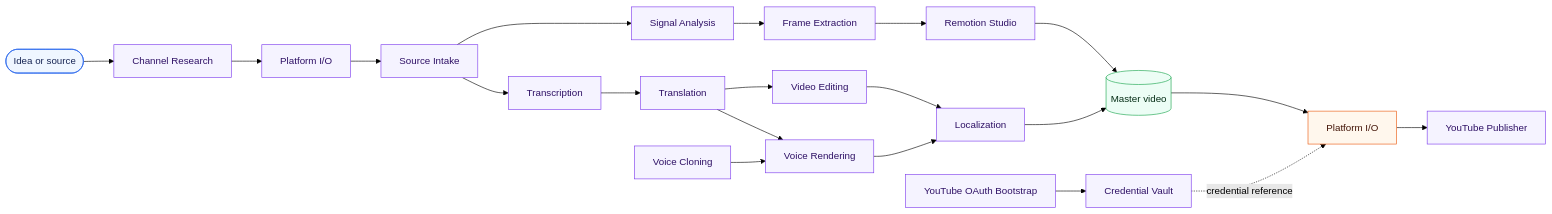
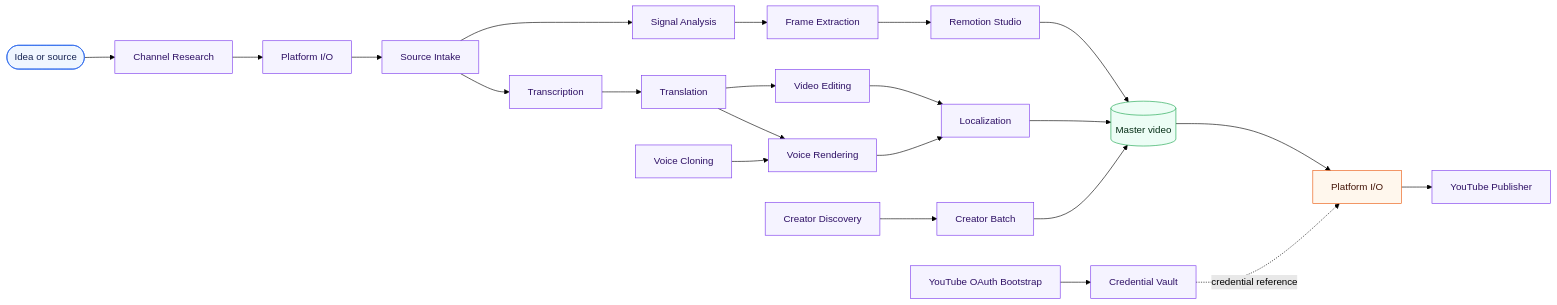
The first of 2 diagrams in README.md (wohuishuo/cc-video-pipeline), drawn with Mermaid (forest theme) before and after one commit. The commit also changed other lines of this file and 42 other files, not shown here.

Commit message:
feat: add creator batch localization loop

````diff
--- a/README.md
+++ b/README.md
@@ -21,31 +21,33 @@
 ```mermaid
 flowchart LR
     idea([Idea or source]) --> research[Channel Research]
     research --> download[Platform I/O]
     download --> intake[Source Intake]
     intake --> transcribe[Transcription]
     transcribe --> translate[Translation]
     translate --> renderVoice[Voice Rendering]
     intake --> signals[Signal Analysis]
     signals --> frames[Frame Extraction]
     translate --> edit[Video Editing]
     frames --> studio[Remotion Studio]
     edit --> localize[Localization]
     voice[Voice Cloning] --> renderVoice
     renderVoice --> localize
     studio --> master[(Master video)]
     localize --> master
     master --> publish[Platform I/O]
     vault[Credential Vault] -. credential reference .-> publish
     publish --> youtubePublisher[YouTube Publisher]
     youtubeOAuth[YouTube OAuth Bootstrap] --> vault
+    creatorDiscovery[Creator Discovery] --> creatorBatch[Creator Batch]
+    creatorBatch --> master
 
     classDef source fill:#eff6ff,stroke:#2563eb,color:#172554;
     classDef app fill:#f5f3ff,stroke:#7c3aed,color:#2e1065;
     classDef artifact fill:#ecfdf5,stroke:#16a34a,color:#052e16;
     classDef external fill:#fff7ed,stroke:#ea580c,color:#431407;
     class idea source;
-    class research,download,intake,transcribe,translate,renderVoice,signals,frames,edit,studio,localize,voice,vault,youtubePublisher,youtubeOAuth app;
+    class research,download,intake,transcribe,translate,renderVoice,signals,frames,edit,studio,localize,voice,vault,youtubePublisher,youtubeOAuth,creatorDiscovery,creatorBatch app;
     class master artifact;
     class publish external;
 ```
````
